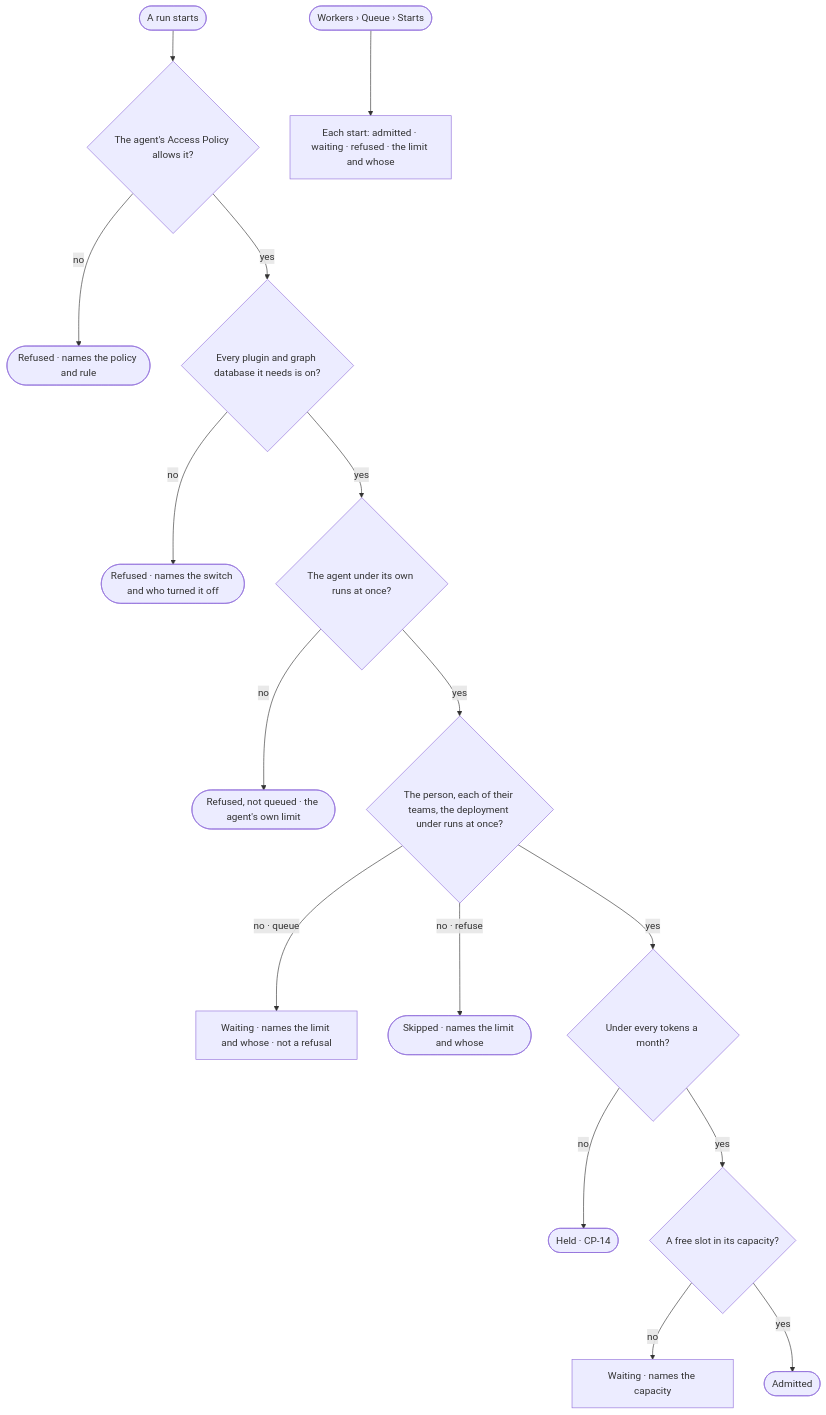
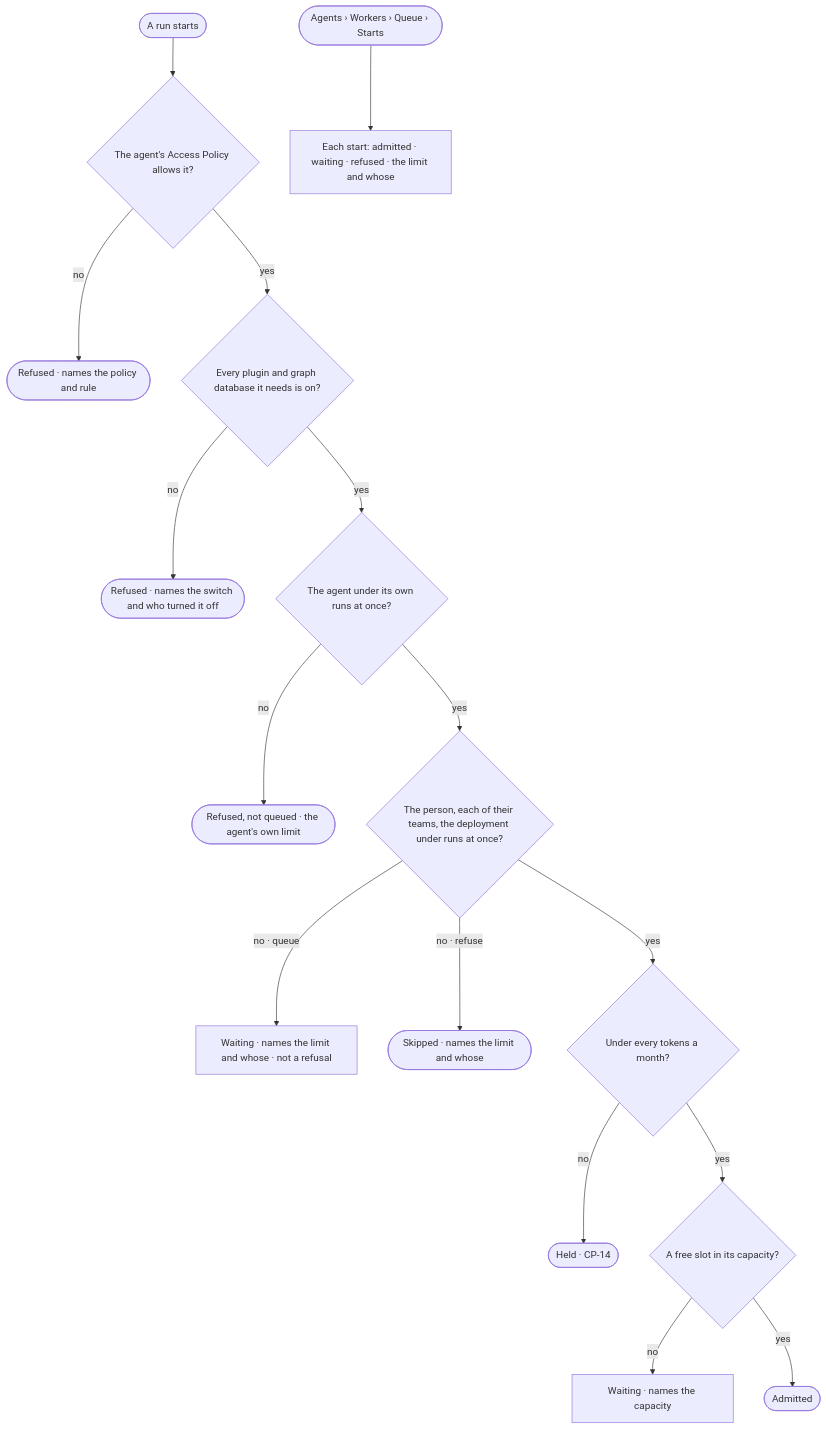
The diagram in specs/os/control/features/CP-F04-limits/stories/CP-12-see-why-a-run-started-waits-or-was-refused/story.md (invana/invana), drawn with Mermaid before and after one commit. The commit also changed other lines of this file and 106 other files, not shown here.

````diff
--- a/specs/os/control/features/CP-F04-limits/stories/CP-12-see-why-a-run-started-waits-or-was-refused/story.md
+++ b/specs/os/control/features/CP-F04-limits/stories/CP-12-see-why-a-run-started-waits-or-was-refused/story.md
@@ -26,18 +26,18 @@
 ```mermaid
 flowchart TD
   st([A run starts]) --> pol{"The agent's Access Policy allows it?"}
   pol -->|no| r1(["Refused · names the policy and rule"])
   pol -->|yes| sw{"Every plugin and graph database it needs is on?"}
   sw -->|no| r2(["Refused · names the switch and who turned it off"])
   sw -->|yes| ag{"The agent under its own runs at once?"}
   ag -->|no| r3(["Refused, not queued · the agent's own limit"])
   ag -->|yes| lim{"The person, each of their teams, the deployment under runs at once?"}
   lim -->|no · queue| w["Waiting · names the limit and whose · not a refusal"]
   lim -->|no · refuse| sk(["Skipped · names the limit and whose"])
   lim -->|yes| tok{"Under every tokens a month?"}
   tok -->|no| h(["Held · CP-14"])
   tok -->|yes| cap{"A free slot in its capacity?"}
   cap -->|no| pw["Waiting · names the capacity"]
   cap -->|yes| in(["Admitted"])
-  s([Workers › Queue › Starts]) --> list["Each start: admitted · waiting · refused · the limit and whose"]
+  s([Agents › Workers › Queue › Starts]) --> list["Each start: admitted · waiting · refused · the limit and whose"]
 ```
````
